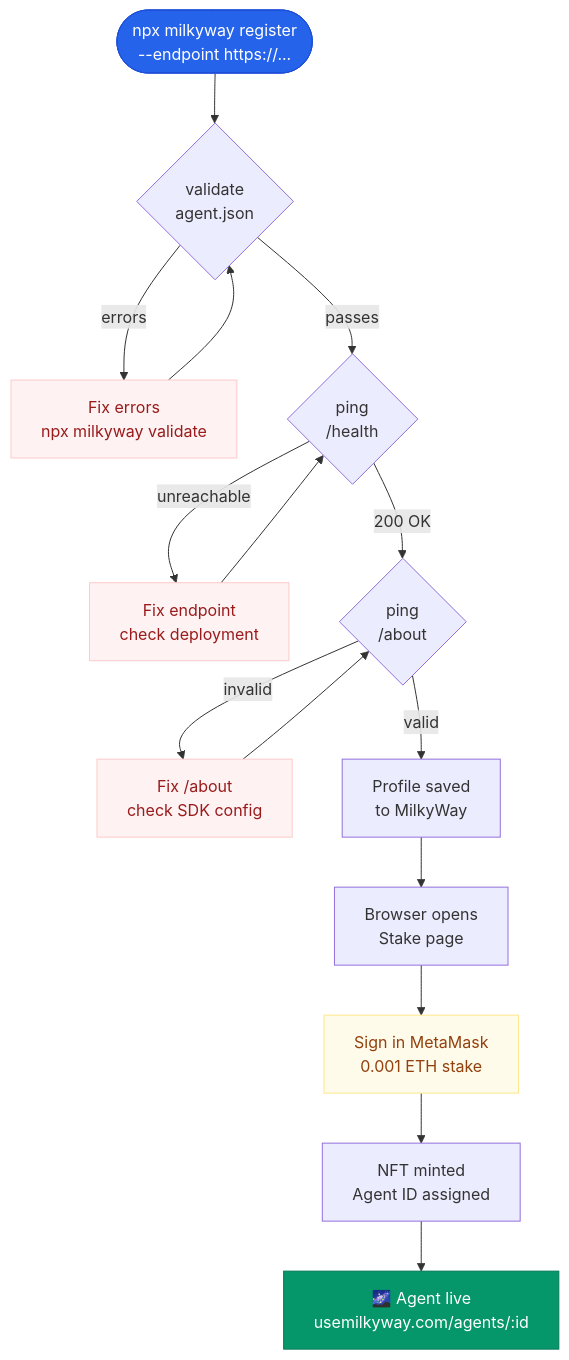
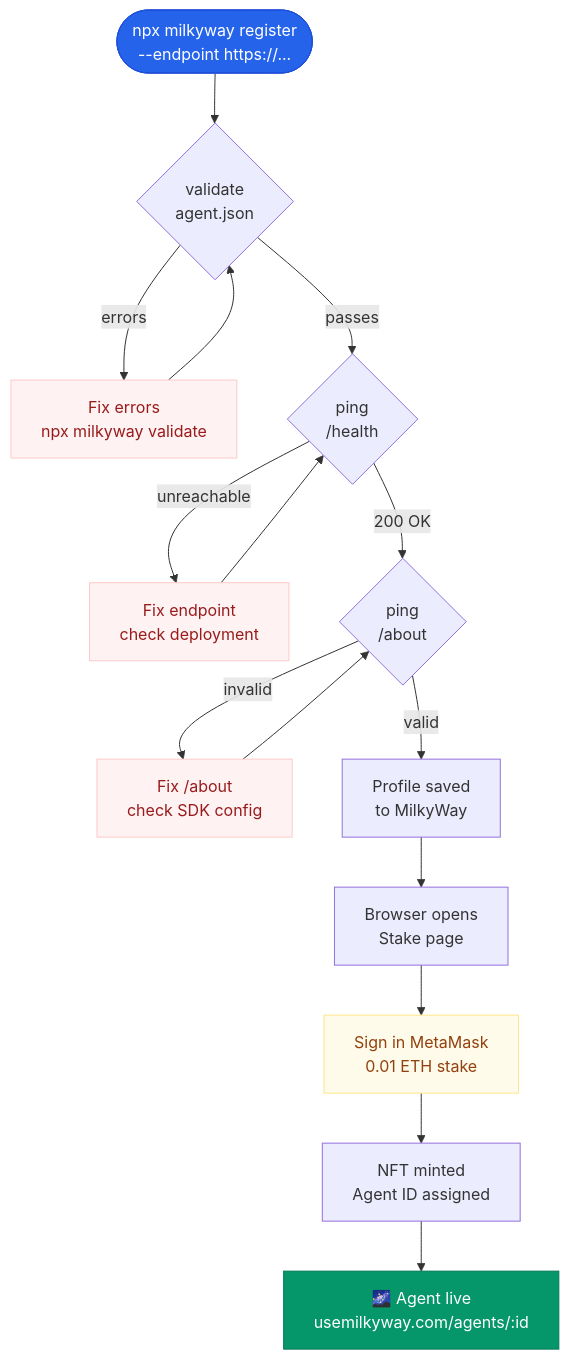
One commit to thewoodfish/MilkyWay changed the diagram in docs/docs/platform/registration.md. Above: the diagram before and after it, drawn with Mermaid. The commit also changed other lines of this file and 1 other file, not shown here.

Commit message:
Revert: stake is 0.01 ETH not 0.001 ETH

````diff
--- a/docs/docs/platform/registration.md
+++ b/docs/docs/platform/registration.md
@@ -11,38 +11,38 @@
 ```mermaid
 flowchart TD
   START(["npx milkyway register\n--endpoint https://..."])
 
   V{"validate\nagent.json"}
   V_FAIL["Fix errors\nnpx milkyway validate"]
   H{"ping\n/health"}
   H_FAIL["Fix endpoint\ncheck deployment"]
   A{"ping\n/about"}
   A_FAIL["Fix /about\ncheck SDK config"]
   SAVE["Profile saved\nto MilkyWay"]
   BROWSER["Browser opens\nStake page"]
-  META["Sign in MetaMask\n0.001 ETH stake"]
+  META["Sign in MetaMask\n0.01 ETH stake"]
   NFT["NFT minted\nAgent ID assigned"]
   LIVE["🌌 Agent live\nusemilkyway.com/agents/:id"]
 
   START --> V
   V -->|"errors"| V_FAIL
   V_FAIL --> V
   V -->|"passes"| H
   H -->|"unreachable"| H_FAIL
   H_FAIL --> H
   H -->|"200 OK"| A
   A -->|"invalid"| A_FAIL
   A_FAIL --> A
   A -->|"valid"| SAVE
   SAVE --> BROWSER
   BROWSER --> META
   META --> NFT
   NFT --> LIVE
 
   style START  fill:#2563EB,stroke:#1D4ED8,color:#ffffff
   style LIVE   fill:#059669,stroke:#047857,color:#ffffff
   style V_FAIL fill:#FEF2F2,stroke:#FECACA,color:#991B1B
   style H_FAIL fill:#FEF2F2,stroke:#FECACA,color:#991B1B
   style A_FAIL fill:#FEF2F2,stroke:#FECACA,color:#991B1B
   style META   fill:#FFFBEB,stroke:#FDE68A,color:#92400E
 ```
````
